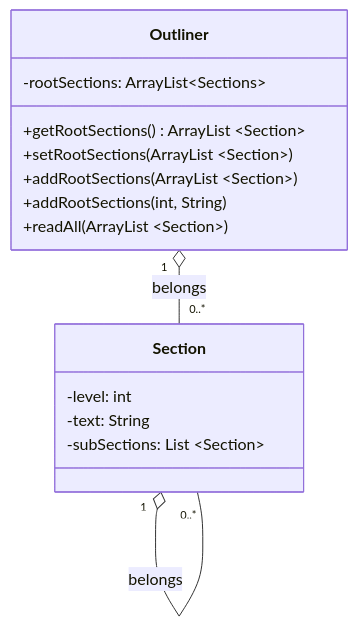
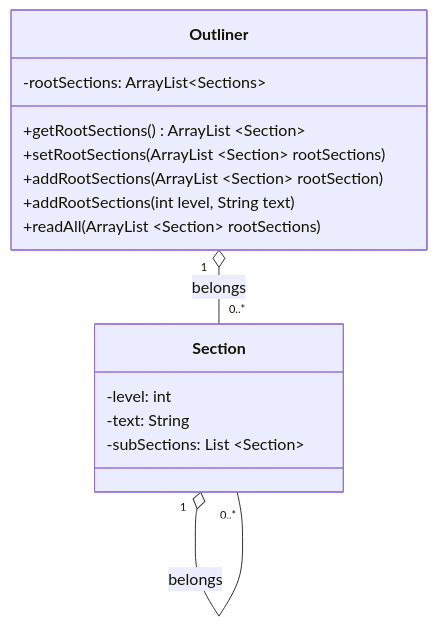
The diagram in docs/UMLTemplate.md (itsjihunpark/Microsoft-Word-Outliner-Clone), drawn with Mermaid before and after one commit.

````diff
--- a/docs/UMLTemplate.md
+++ b/docs/UMLTemplate.md
@@ -24,19 +24,19 @@
 ```mermaid
 classDiagram
     Outliner "1" o-- "0..*" Section : belongs
     Section "1" o-- "0..*" Section : belongs 
     class Outliner{
       -rootSections: ArrayList~Sections~
       +getRootSections() ArrayList ~Section~
-      +setRootSections(ArrayList ~Section~) 
-      +addRootSections(ArrayList ~Section~)
-      +addRootSections(int, String)
-      +readAll(ArrayList ~Section~)
+      +setRootSections(ArrayList ~Section~ rootSections) 
+      +addRootSections(ArrayList ~Section~ rootSection)
+      +addRootSections(int level, String text)
+      +readAll(ArrayList ~Section~ rootSections)
     }
     class Section{
       -level: int
       -text: String
       -subSections: List ~Section~
     }
 
 ```
````
